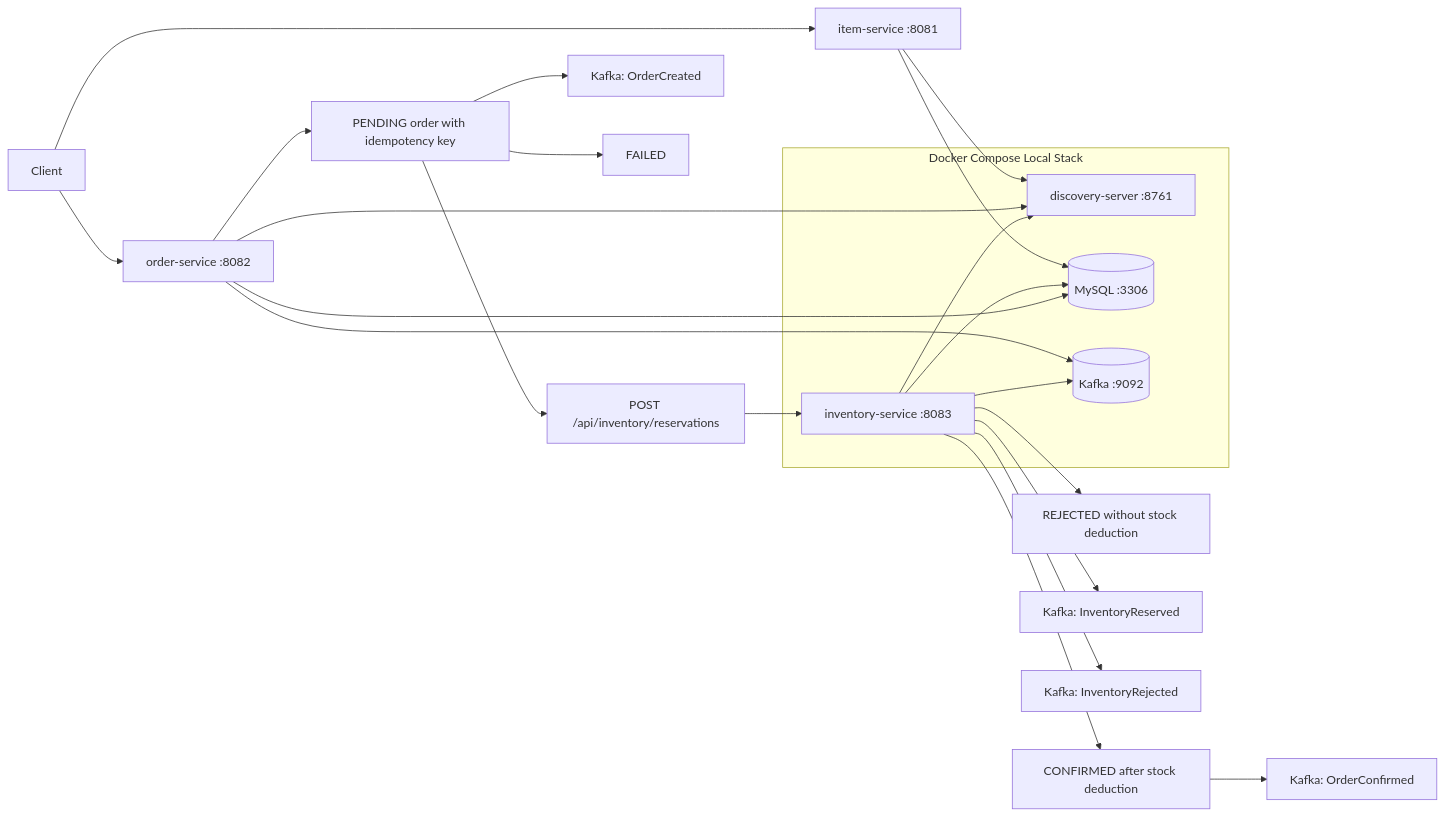
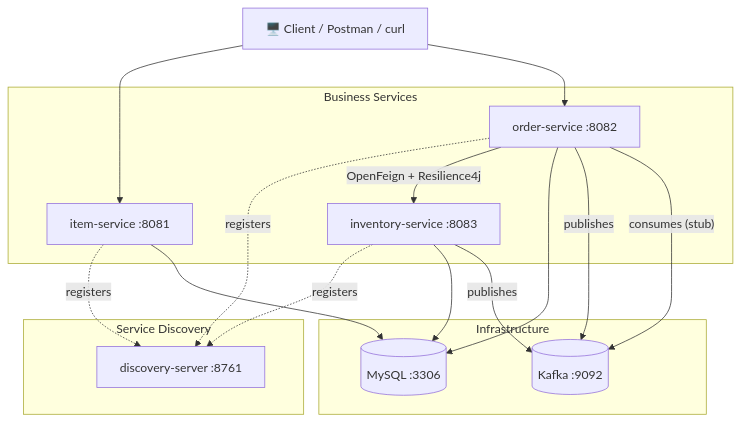
Before and after one commit to byte2code/cnkart: the first of 2 diagrams in README.md, drawn with Mermaid. The commit also changed other lines of this file and 3 other files, not shown here.

````diff
--- a/README.md
+++ b/README.md
@@ -248,32 +86,36 @@
 ```mermaid
-flowchart LR
-    Client[Client] --> Item["item-service :8081"]
-    Client --> Order["order-service :8082"]
+flowchart TB
+    Client["🖥️ Client / Postman / curl"]
 
-    subgraph Compose["Docker Compose Local Stack"]
-        Discovery["discovery-server :8761"]
-        Inventory["inventory-service :8083"]
-        MySQL[(MySQL :3306)]
-        Kafka[(Kafka :9092)]
+    subgraph Discovery["Service Discovery"]
+        Eureka["discovery-server :8761"]
     end
 
-    Item --> Discovery
-    Order --> Discovery
-    Inventory --> Discovery
+    subgraph Services["Business Services"]
+        Item["item-service :8081"]
+        Order["order-service :8082"]
+        Inventory["inventory-service :8083"]
+    end
 
-    Order --> Pending["PENDING order with idempotency key"]
-    Pending --> Reservation["POST /api/inventory/reservations"]
-    Reservation --> Inventory
-    Pending --> OrderCreated["Kafka: OrderCreated"]
-    Inventory --> Confirmed["CONFIRMED after stock deduction"]
-    Inventory --> Rejected["REJECTED without stock deduction"]
-    Inventory --> InventoryReserved["Kafka: InventoryReserved"]
-    Inventory --> InventoryRejected["Kafka: InventoryRejected"]
-    Confirmed --> OrderConfirmed["Kafka: OrderConfirmed"]
-    Pending --> Failed["FAILED"]
+    subgraph Infra["Infrastructure"]
+        MySQL[("MySQL :3306")]
+        Kafka[("Kafka :9092")]
+    end
+
+    Client --> Item
+    Client --> Order
+
+    Item -.->|registers| Eureka
+    Order -.->|registers| Eureka
+    Inventory -.->|registers| Eureka
+
+    Order -->|"OpenFeign + Resilience4j"| Inventory
+
     Item --> MySQL
+    Order --> MySQL
     Inventory --> MySQL
-    Order --> MySQL
-    Order --> Kafka
-    Inventory --> Kafka
+
+    Order -->|publishes| Kafka
+    Inventory -->|publishes| Kafka
+    Order -->|"consumes (stub)"| Kafka
 ```
````
